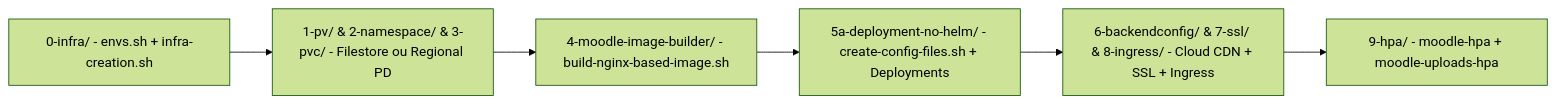
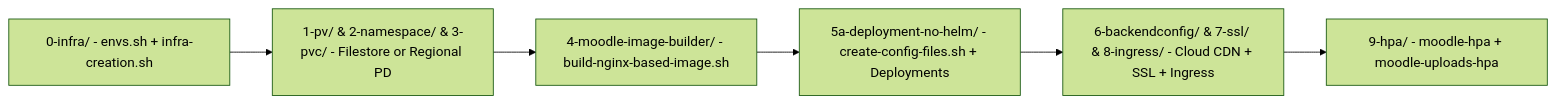
Before and after one commit to google/moodle-on-gcp: the diagram in openwiki/quickstart.md, drawn with Mermaid (forest theme). The commit also changed other lines of this file and 42 other files, not shown here.

````diff
--- a/openwiki/quickstart.md
+++ b/openwiki/quickstart.md
@@ -23,8 +23,8 @@
 ```mermaid
 flowchart LR
-    Step0["0-infra/ - envs.sh + infra-creation.sh"] --> Step1["1-pv/ & 2-namespace/ & 3-pvc/ - Filestore ou Regional PD"]
+    Step0["0-infra/ - envs.sh + infra-creation.sh"] --> Step1["1-pv/ & 2-namespace/ & 3-pvc/ - Filestore or Regional PD"]
     Step1 --> Step4["4-moodle-image-builder/ - build-nginx-based-image.sh"]
     Step4 --> Step5["5a-deployment-no-helm/ - create-config-files.sh + Deployments"]
     Step5 --> Step6["6-backendconfig/ & 7-ssl/ & 8-ingress/ - Cloud CDN + SSL + Ingress"]
     Step6 --> Step9["9-hpa/ - moodle-hpa + moodle-uploads-hpa"]
 ```
````
